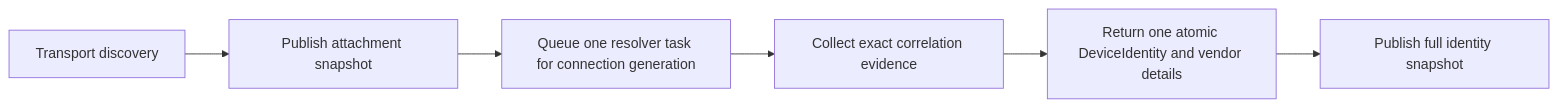
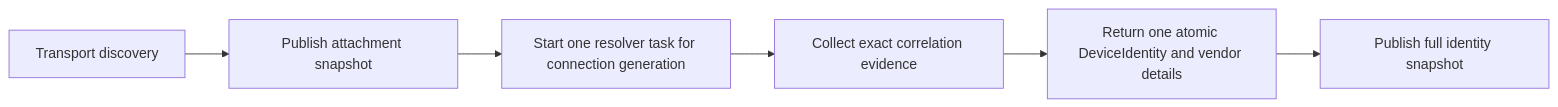
Before and after one commit to go-ctap/kit: the fourth of 4 diagrams in docs/current-runtime-flows.md, drawn with Mermaid. The commit also changed other lines of this file and 3 other files, not shown here.

Commit message:
refactor(inventory): replace resolver queue with independent tasks and streamline identity workflows

````diff
--- a/docs/current-runtime-flows.md
+++ b/docs/current-runtime-flows.md
@@ -147,8 +147,8 @@
 ```mermaid
 flowchart LR
   A["Transport discovery"] --> B["Publish attachment snapshot"]
-  B --> C["Queue one resolver task for connection generation"]
+  B --> C["Start one resolver task for connection generation"]
   C --> D["Collect exact correlation evidence"]
   D --> E["Return one atomic DeviceIdentity and vendor details"]
   E --> F["Publish full identity snapshot"]
 ```
````
